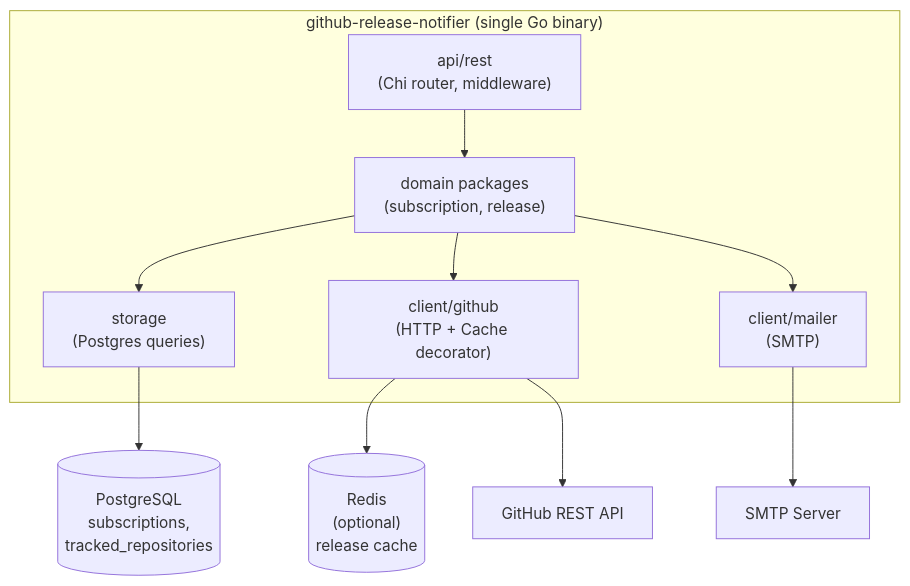
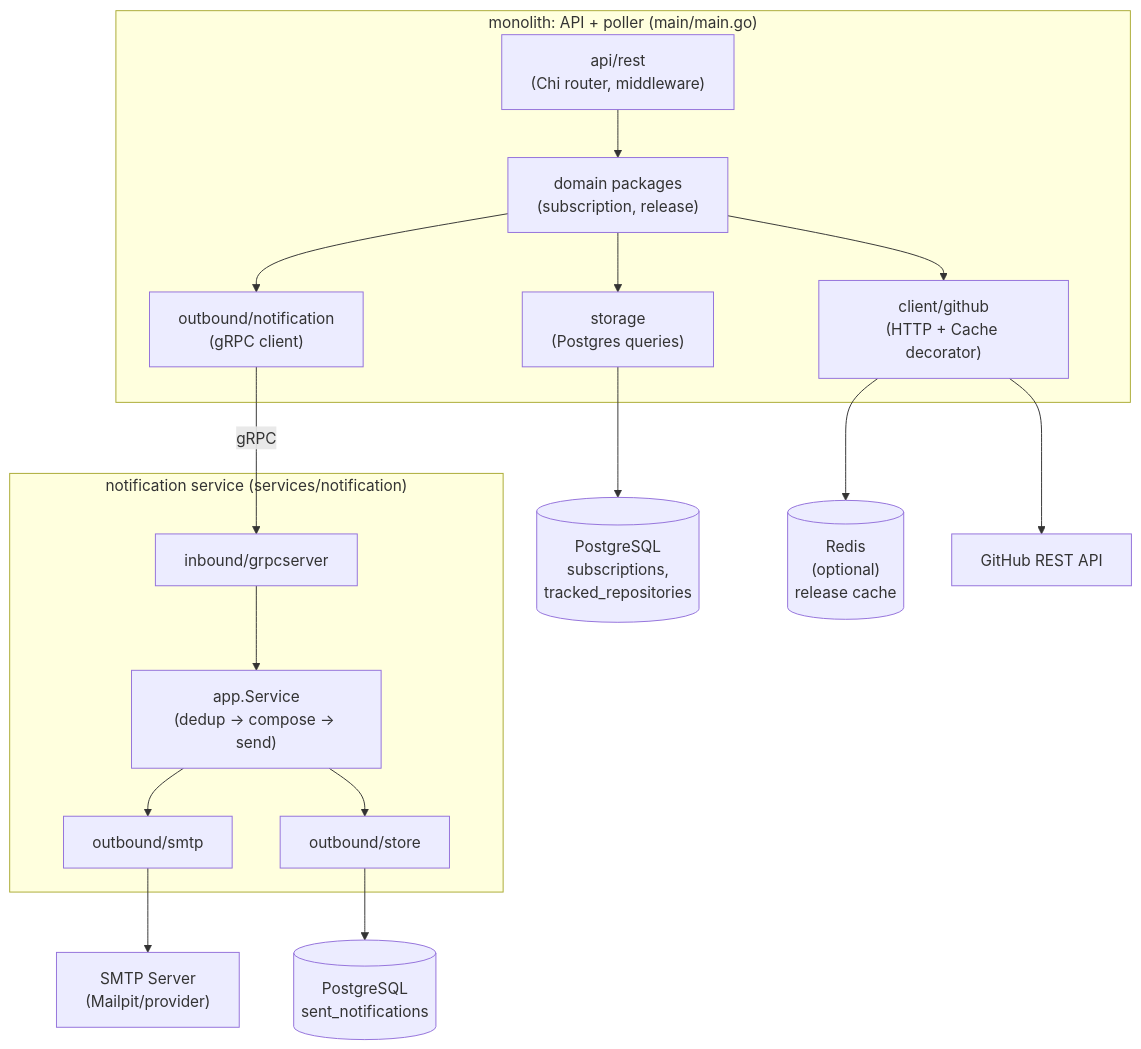
The second of 5 diagrams in docs/system-design.md (GenesisEducationKyiv/software-engineering-school-6-0-mashta-lilia), drawn with Mermaid before and after one commit. The commit also changed other lines of this file and 71 other files, not shown here.

First line of the commit message:
HW7: Extract notification microservice (modular architecture + gRPC + DB-per-service) (#11)

````diff
--- a/docs/system-design.md
+++ b/docs/system-design.md
@@ -87,25 +87,39 @@
 ```mermaid
 graph TB
-    subgraph Service["github-release-notifier (single Go binary)"]
+    subgraph Monolith["monolith: API + poller (main/main.go)"]
         API["api/rest<br/>(Chi router, middleware)"]
         Domains["domain packages<br/>(subscription, release)"]
         Repo["storage<br/>(Postgres queries)"]
         GHC["client/github<br/>(HTTP + Cache decorator)"]
-        Mail["client/mailer<br/>(SMTP)"]
+        NotifyClient["outbound/notification<br/>(gRPC client)"]
 
         API --> Domains
         Domains --> Repo
         Domains --> GHC
-        Domains --> Mail
+        Domains --> NotifyClient
+    end
+
+    subgraph Notification["notification service (services/notification)"]
+        GRPC["inbound/grpcserver"]
+        NotificationApp["app.Service<br/>(dedup -> compose -> send)"]
+        SMTPAdapter["outbound/smtp"]
+        Ledger["outbound/store"]
+
+        GRPC --> NotificationApp
+        NotificationApp --> SMTPAdapter
+        NotificationApp --> Ledger
     end
 
     DB[("PostgreSQL<br/>subscriptions,<br/>tracked_repositories")]
+    NotifyDB[("PostgreSQL<br/>sent_notifications")]
     Cache[("Redis<br/>(optional)<br/>release cache")]
     GitHub["GitHub REST API"]
-    SMTPSrv["SMTP Server"]
+    SMTPSrv["SMTP Server<br/>(Mailpit/provider)"]
 
     Repo --> DB
     GHC --> Cache
     GHC --> GitHub
-    Mail --> SMTPSrv
+    NotifyClient -- "gRPC" --> GRPC
+    Ledger --> NotifyDB
+    SMTPAdapter --> SMTPSrv
 ```
````
